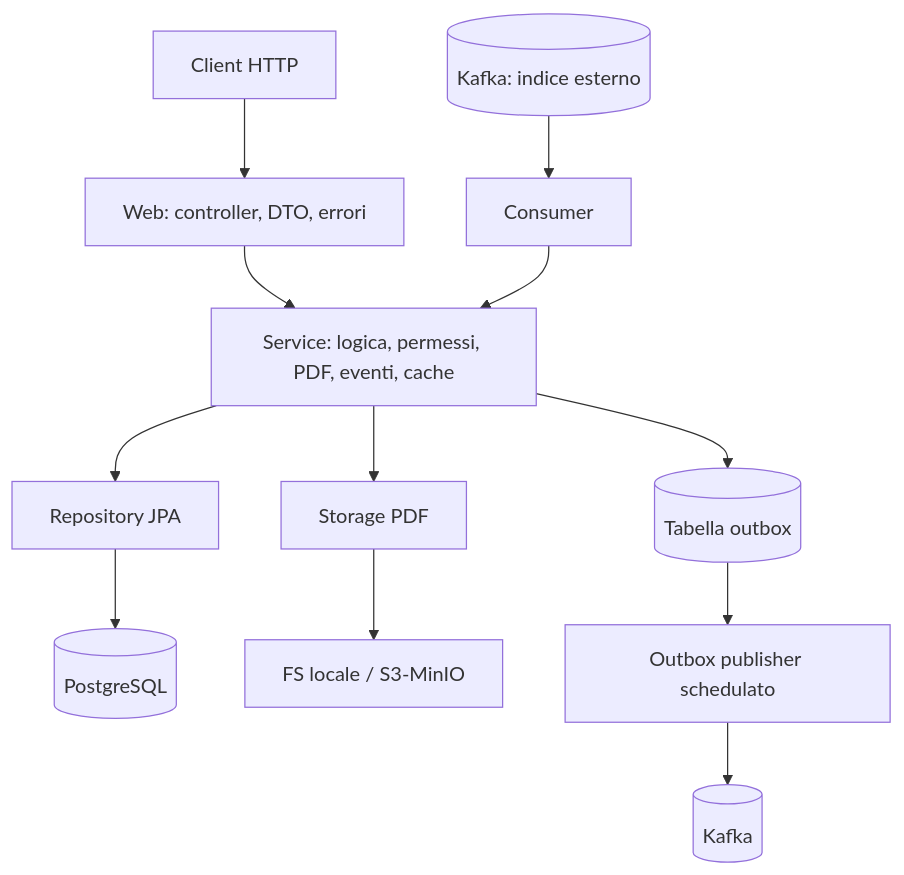
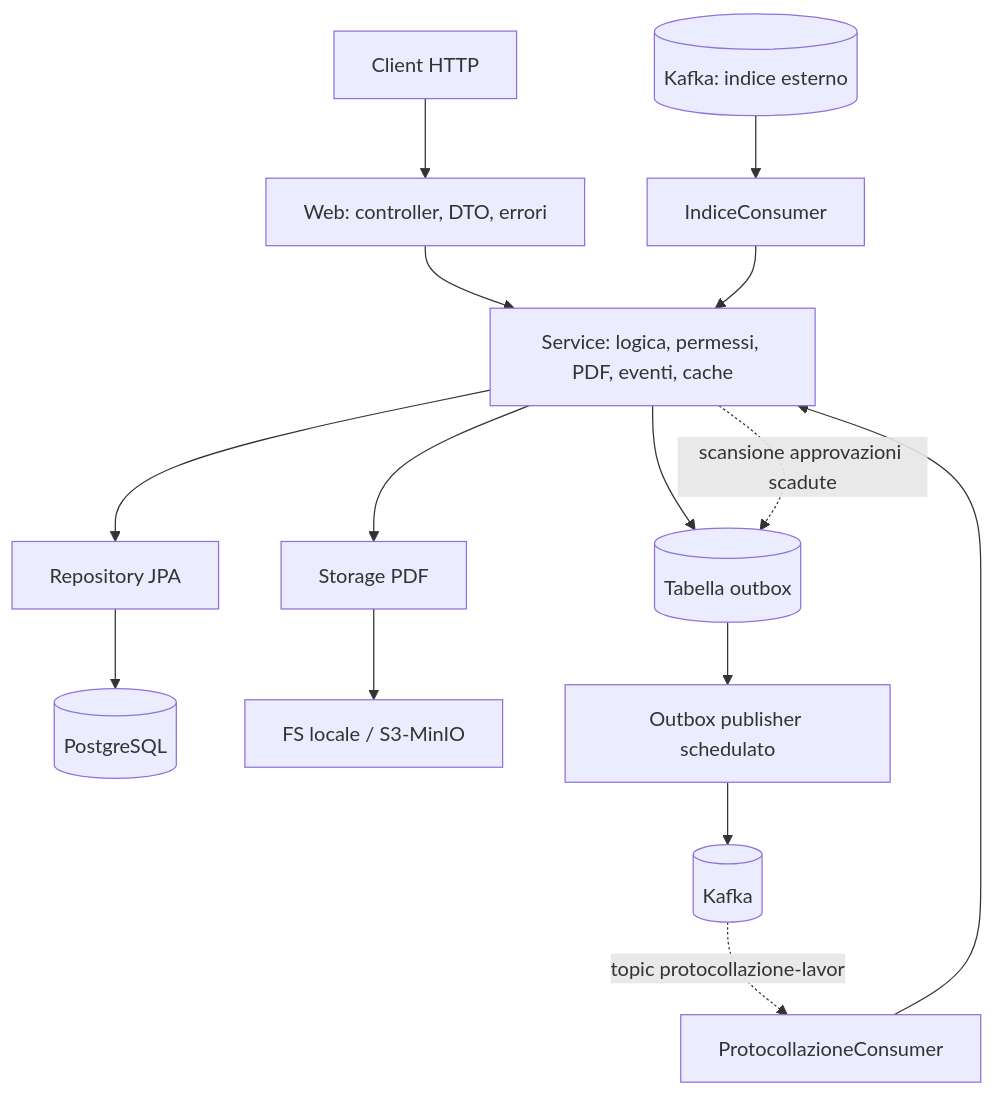
Before and after one commit to VNZ93/protocollo-api: the diagram in README.md, drawn with Mermaid. The commit also changed other lines of this file and 24 other files, not shown here.

````diff
--- a/README.md
+++ b/README.md
@@ -43,18 +43,22 @@
 ```mermaid
 flowchart TD
     Client[Client HTTP] --> Web[Web: controller, DTO, errori]
     Web --> Service[Service: logica, permessi, PDF, eventi, cache]
 
     Service --> Repo[Repository JPA]
     Service --> Storage[Storage PDF]
     Service --> Outbox[(Tabella outbox)]
 
     Repo --> DB[(PostgreSQL)]
     Storage --> FS[FS locale / S3-MinIO]
 
     Outbox --> Publisher[Outbox publisher schedulato]
     Publisher --> Kafka[(Kafka)]
 
-    KafkaIn[(Kafka: indice esterno)] --> Consumer[Consumer]
+    KafkaIn[(Kafka: indice esterno)] --> Consumer[IndiceConsumer]
     Consumer --> Service
+
+    Service -.scansione approvazioni scadute.-> Outbox
+    Kafka -.topic protocollazione-lavoro.-> ProtoConsumer[ProtocollazioneConsumer]
+    ProtoConsumer --> Service
 ```
````
